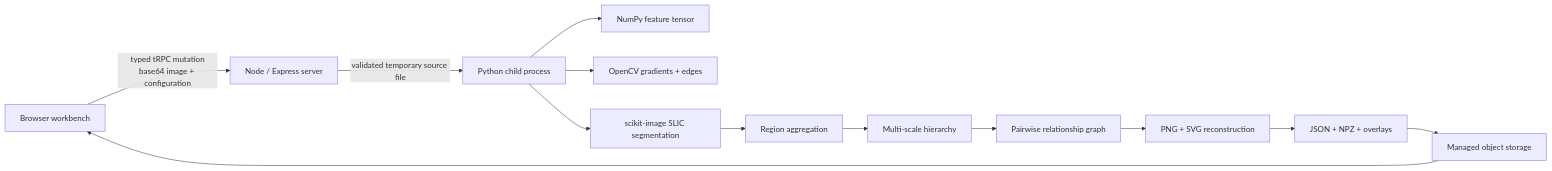
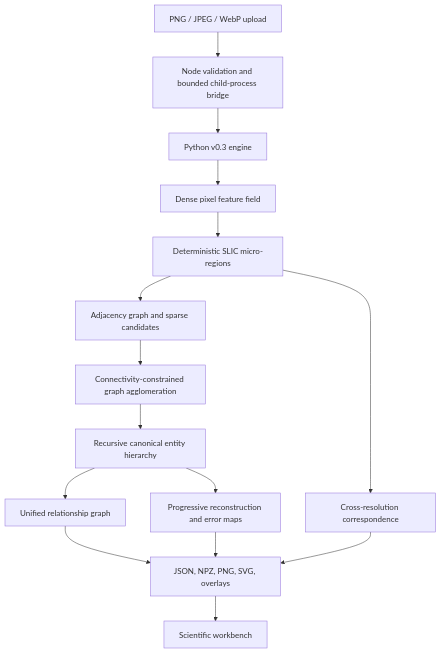
One commit to TANMOY-SARKAR-cmd/hierarchical-image-representation changed the diagram in docs/architecture.md. Above: the diagram before and after it, drawn with Mermaid. The commit also changed other lines of this file and 30 other files, not shown here.

Commit message:
Checkpoint: v0.3 graph-driven entity hierarchy with canonical geometry, sparse affinity graph, cross-resolution correspondence, validity evidence, merge/correspondence UI panels, and expanded documentation/tests.

````diff
--- a/docs/architecture.md
+++ b/docs/architecture.md
@@ -3,15 +3,17 @@
 ```mermaid
-flowchart LR
-  A[Browser workbench] -->|typed tRPC mutation<br/>base64 image + configuration| B[Node / Express server]
-  B -->|validated temporary source file| C[Python child process]
-  C --> D[NumPy feature tensor]
-  C --> E[OpenCV gradients + edges]
-  C --> F[scikit-image SLIC segmentation]
-  F --> G[Region aggregation]
-  G --> H[Multi-scale hierarchy]
-  H --> I[Pairwise relationship graph]
-  I --> J[PNG + SVG reconstruction]
-  J --> K[JSON + NPZ + overlays]
-  K --> L[Managed object storage]
-  L --> A
+flowchart TD
+  U[PNG / JPEG / WebP upload] --> N[Node validation and bounded child-process bridge]
+  N --> P[Python v0.3 engine]
+  P --> F[Dense pixel feature field]
+  F --> S[Deterministic SLIC micro-regions]
+  S --> R[Adjacency graph and sparse candidates]
+  R --> A[Connectivity-constrained graph agglomeration]
+  A --> H[Recursive canonical entity hierarchy]
+  H --> G[Unified relationship graph]
+  S --> C[Cross-resolution correspondence]
+  H --> D[Progressive reconstruction and error maps]
+  G --> X[JSON, NPZ, PNG, SVG, overlays]
+  C --> X
+  D --> X
+  X --> W[Scientific workbench]
 ```
````
